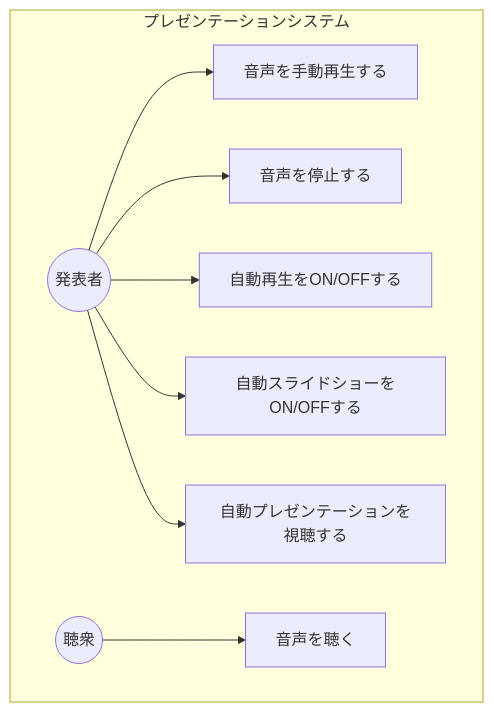
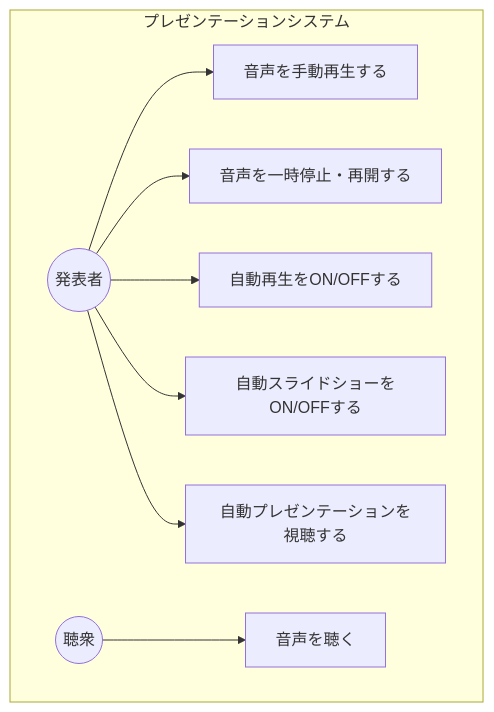
Before and after one commit to ToshikiImagawa/slide-presentation-app: the first of 3 diagrams in .sdd/requirement/speaker-note-audio.md, drawn with Mermaid. The commit also changed other lines of this file and 12 other files, not shown here.

````diff
--- a/.sdd/requirement/speaker-note-audio.md
+++ b/.sdd/requirement/speaker-note-audio.md
@@ -58,22 +58,22 @@
 ```mermaid
 graph TB
     subgraph "プレゼンテーションシステム"
         Presenter((発表者))
         PlayAudio[音声を手動再生する]
-        StopAudio[音声を停止する]
+        PauseResumeAudio[音声を一時停止・再開する]
         ToggleAutoPlay[自動再生をON/OFFする]
         ToggleAutoSlideshow[自動スライドショーをON/OFFする]
         WatchAutoPresentation[自動プレゼンテーションを視聴する]
 
         Audience((聴衆))
         ListenAudio[音声を聴く]
     end
 
     Presenter --> PlayAudio
-    Presenter --> StopAudio
+    Presenter --> PauseResumeAudio
     Presenter --> ToggleAutoPlay
     Presenter --> ToggleAutoSlideshow
     Presenter --> WatchAutoPresentation
 
     Audience --> ListenAudio
 ```
````
